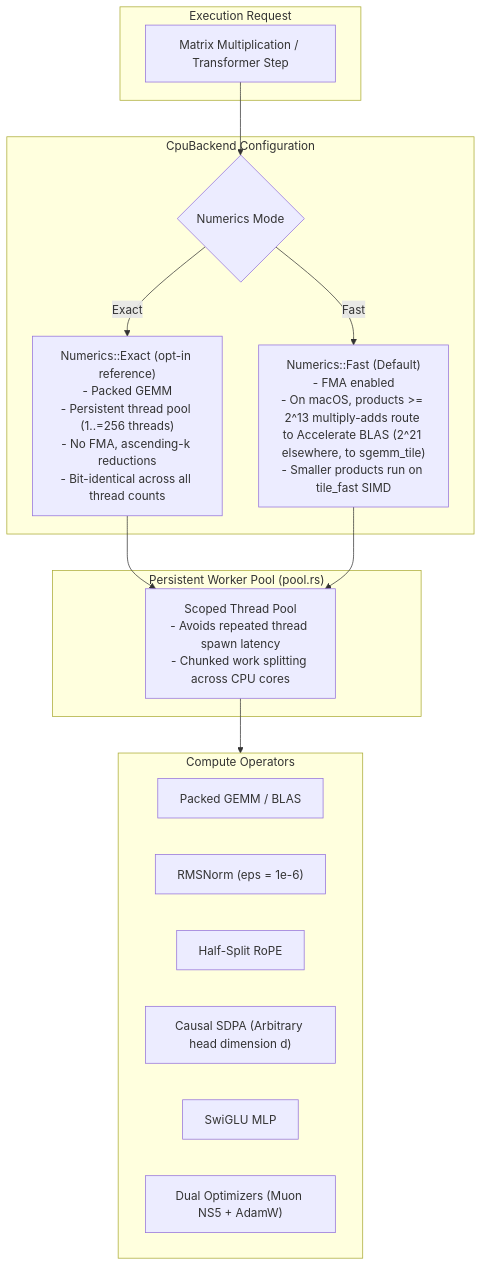
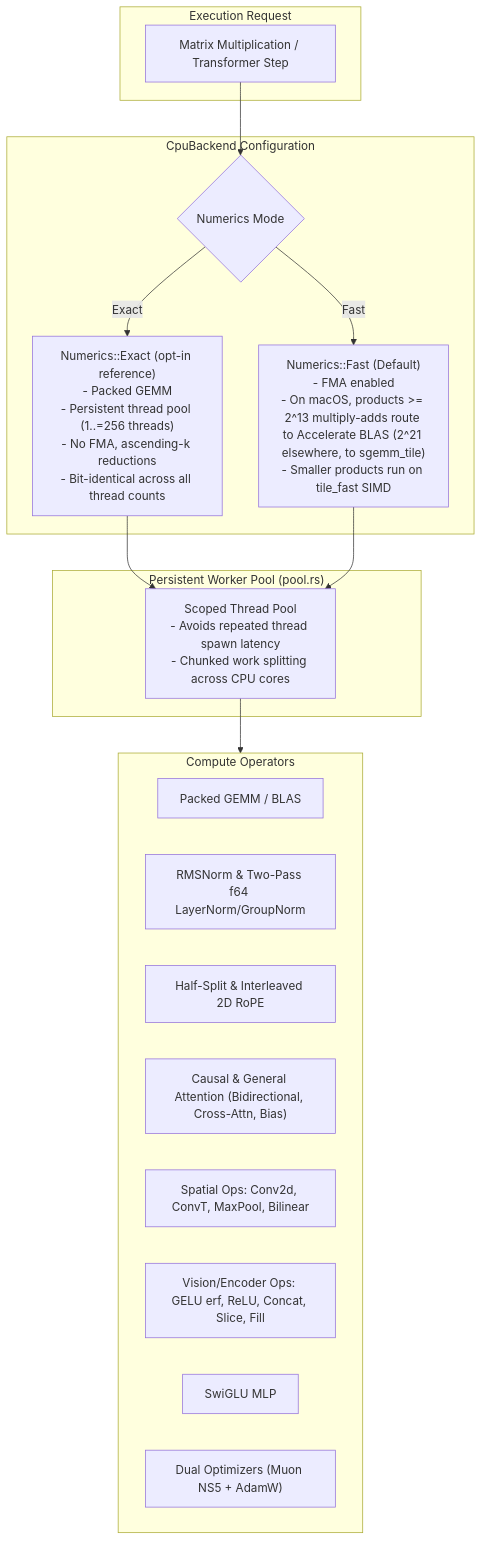
One commit to bharathvbcr/ojas changed the first of 2 diagrams in ojas-cpu/README.md. Above: the diagram before and after it, drawn with Mermaid. The commit also changed other lines of this file and 21 other files, not shown here.

First line of the commit message:
docs: status, crate READMEs and shape contract describe the vision, spatial and SAM 3.1 stack (Oct 25-27)

````diff
--- a/ojas-cpu/README.md
+++ b/ojas-cpu/README.md
@@ -11,32 +11,34 @@
 ```mermaid
 flowchart TD
     subgraph Client["Execution Request"]
         Op["Matrix Multiplication / Transformer Step"]
     end
 
     subgraph BackendConfig["CpuBackend Configuration"]
         Config{"Numerics Mode"}
         ExactMode["Numerics::Exact (opt-in reference)\n- Packed GEMM\n- Persistent thread pool (1..=256 threads)\n- No FMA, ascending-k reductions\n- Bit-identical across all thread counts"]
         FastMode["Numerics::Fast (Default)\n- FMA enabled\n- On macOS, products >= 2^13 multiply-adds route to Accelerate BLAS (2^21 elsewhere, to sgemm_tile)\n- Smaller products run on tile_fast SIMD"]
     end
 
     subgraph ThreadPool["Persistent Worker Pool (pool.rs)"]
         Pool["Scoped Thread Pool\n- Avoids repeated thread spawn latency\n- Chunked work splitting across CPU cores"]
     end
 
     subgraph Kernels["Compute Operators"]
         GEMM["Packed GEMM / BLAS"]
-        RMS["RMSNorm (eps = 1e-6)"]
-        RoPE["Half-Split RoPE"]
-        SDPA["Causal SDPA (Arbitrary head dimension d)"]
+        RMS["RMSNorm & Two-Pass f64 LayerNorm/GroupNorm"]
+        RoPE["Half-Split & Interleaved 2D RoPE"]
+        SDPA["Causal & General Attention (Bidirectional, Cross-Attn, Bias)"]
+        Spatial["Spatial Ops: Conv2d, ConvT, MaxPool, Bilinear"]
+        Encoder["Vision/Encoder Ops: GELU erf, ReLU, Concat, Slice, Fill"]
         SwiGLU["SwiGLU MLP"]
         DualOpt["Dual Optimizers (Muon NS5 + AdamW)"]
     end
 
     Op --> Config
     Config -->|Exact| ExactMode
     Config -->|Fast| FastMode
     ExactMode --> Pool
     FastMode --> Pool
     Pool --> Kernels
 ```
````
